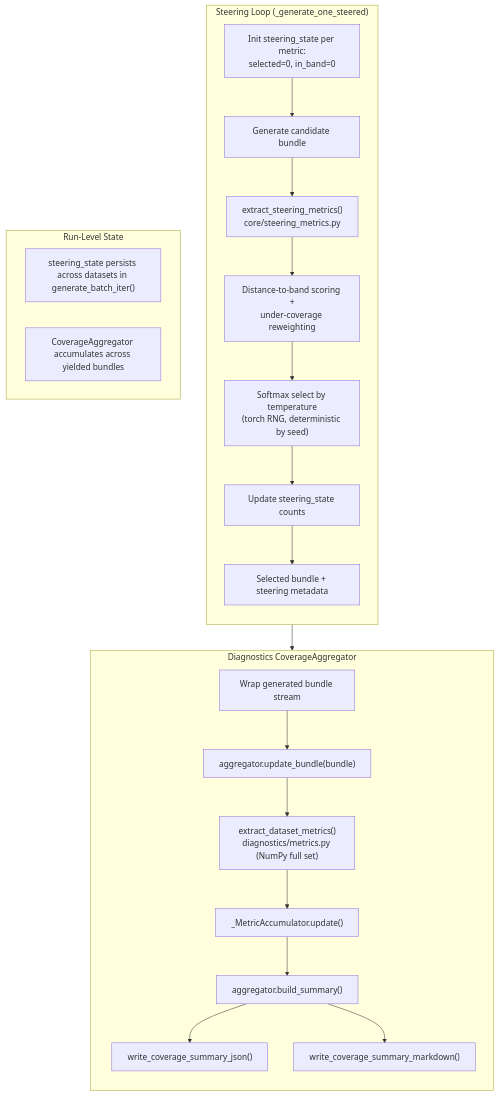
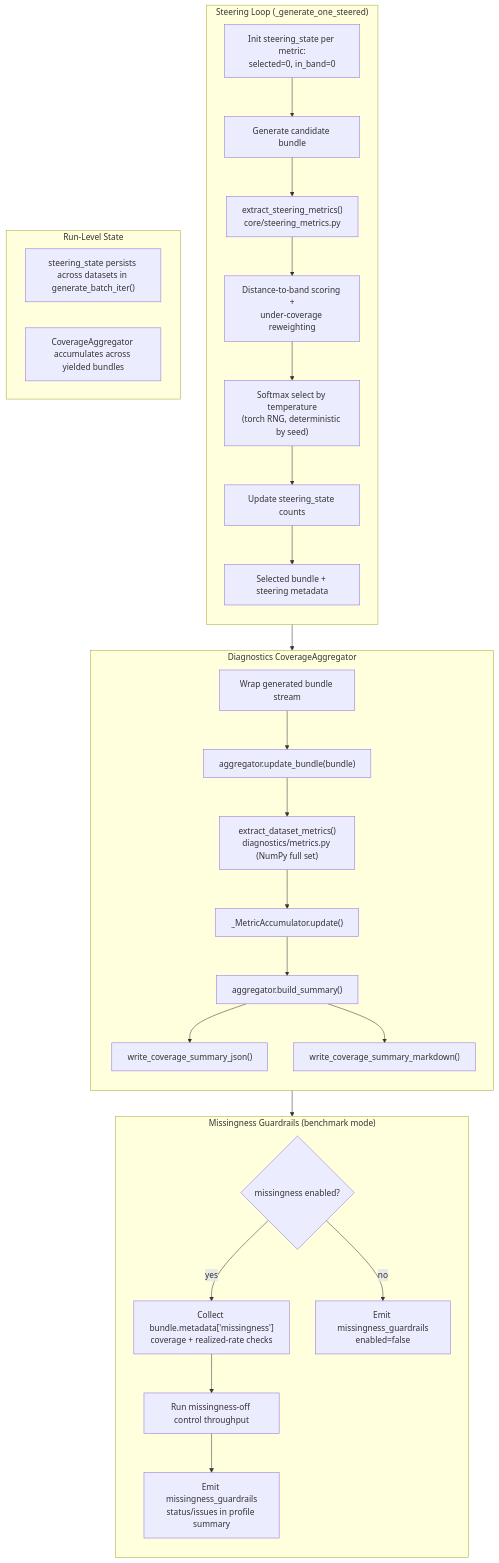
One commit to bensonlee5/dagzoo changed the fourth of 4 diagrams in docs/architecture.md. Above: the diagram before and after it, drawn with Mermaid. The commit also changed other lines of this file and 7 other files, not shown here.

````diff
--- a/docs/architecture.md
+++ b/docs/architecture.md
@@ -200,38 +205,51 @@
 ```mermaid
 flowchart TB
     subgraph Steering["Steering Loop (_generate_one_steered)"]
         direction TB
         Init["Init steering_state per metric:<br/>selected=0, in_band=0"]
         Cand["Generate candidate bundle"]
         SteerMetrics["extract_steering_metrics()<br/>core/steering_metrics.py"]
         Score["Distance-to-band scoring +<br/>under-coverage reweighting"]
         Select["Softmax select by temperature<br/>(torch RNG, deterministic by seed)"]
         Update["Update steering_state counts"]
         Winner["Selected bundle + steering metadata"]
 
         Init --> Cand --> SteerMetrics --> Score --> Select --> Update --> Winner
     end
 
     subgraph Diagnostics["Diagnostics CoverageAggregator"]
         direction TB
         Stream["Wrap generated bundle stream"]
         UpdateBundle["aggregator.update_bundle(bundle)"]
         FullMetrics["extract_dataset_metrics()<br/>diagnostics/metrics.py (NumPy full set)"]
         Accum["_MetricAccumulator.update()"]
         Summary["aggregator.build_summary()"]
         OutJSON["write_coverage_summary_json()"]
         OutMD["write_coverage_summary_markdown()"]
 
         Stream --> UpdateBundle --> FullMetrics --> Accum --> Summary
         Summary --> OutJSON
         Summary --> OutMD
     end
 
+    subgraph MissingnessGuardrails["Missingness Guardrails (benchmark mode)"]
+        direction TB
+        MGEnabled{"missingness enabled?"}
+        MGCollect["Collect bundle.metadata['missingness']<br/>coverage + realized-rate checks"]
+        MGBaseline["Run missingness-off control throughput"]
+        MGStatus["Emit missingness_guardrails<br/>status/issues in profile summary"]
+        MGDisabled["Emit missingness_guardrails<br/>enabled=false"]
+
+        MGEnabled -- yes --> MGCollect --> MGBaseline --> MGStatus
+        MGEnabled -- no --> MGDisabled
+    end
+
     Winner --> Stream
+    Stream --> MGEnabled
 
     subgraph StateFlow["Run-Level State"]
         direction LR
         SS["steering_state persists across datasets in generate_batch_iter()"]
         CA["CoverageAggregator accumulates across yielded bundles"]
     end
 ```
````
